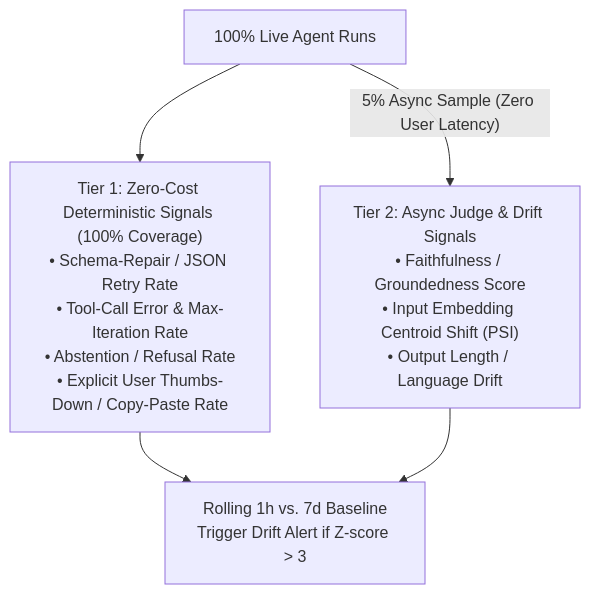
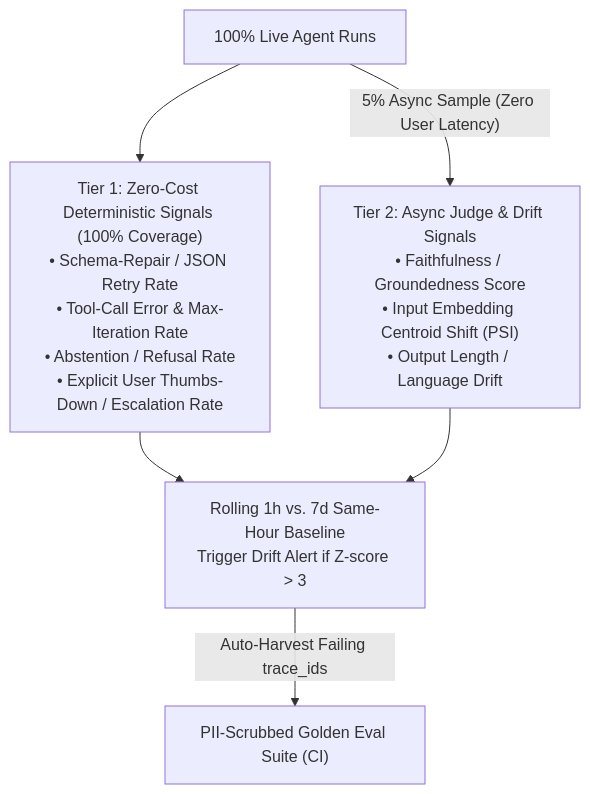
The first of 2 diagrams in Lecture 43 - AI Observability OTel and FOCUS FinOps/notes/03_Continuous_Quality_Monitoring_and_Drift_Detection.md (Amie-dev/FDE-and-GenAI-Mastery), drawn with Mermaid before and after one commit. The commit also changed other lines of this file and 92 other files, not shown here.

````diff
--- a/Lecture 43 - AI Observability OTel and FOCUS FinOps/notes/03_Continuous_Quality_Monitoring_and_Drift_Detection.md
+++ b/Lecture 43 - AI Observability OTel and FOCUS FinOps/notes/03_Continuous_Quality_Monitoring_and_Drift_Detection.md
@@ -28,7 +36,8 @@
 ```mermaid
 flowchart TD
-    Traffic["100% Live Agent Runs"] --> Tier1["Tier 1: Zero-Cost Deterministic Signals (100% Coverage)<br/>• Schema-Repair / JSON Retry Rate<br/>• Tool-Call Error & Max-Iteration Rate<br/>• Abstention / Refusal Rate<br/>• Explicit User Thumbs-Down / Copy-Paste Rate"]
+    Traffic["100% Live Agent Runs"] --> Tier1["Tier 1: Zero-Cost Deterministic Signals (100% Coverage)<br/>• Schema-Repair / JSON Retry Rate<br/>• Tool-Call Error & Max-Iteration Rate<br/>• Abstention / Refusal Rate<br/>• Explicit User Thumbs-Down / Escalation Rate"]
     Traffic -->|"5% Async Sample (Zero User Latency)"| Tier2["Tier 2: Async Judge & Drift Signals<br/>• Faithfulness / Groundedness Score<br/>• Input Embedding Centroid Shift (PSI)<br/>• Output Length / Language Drift"]
-    Tier1 --> Alert["Rolling 1h vs. 7d Baseline<br/>Trigger Drift Alert if Z-score > 3"]
+    Tier1 --> Alert["Rolling 1h vs. 7d Same-Hour Baseline<br/>Trigger Drift Alert if Z-score > 3"]
     Tier2 --> Alert
+    Alert -->|"Auto-Harvest Failing trace_ids"| Golden["PII-Scrubbed Golden Eval Suite (CI)"]
 ```
````
